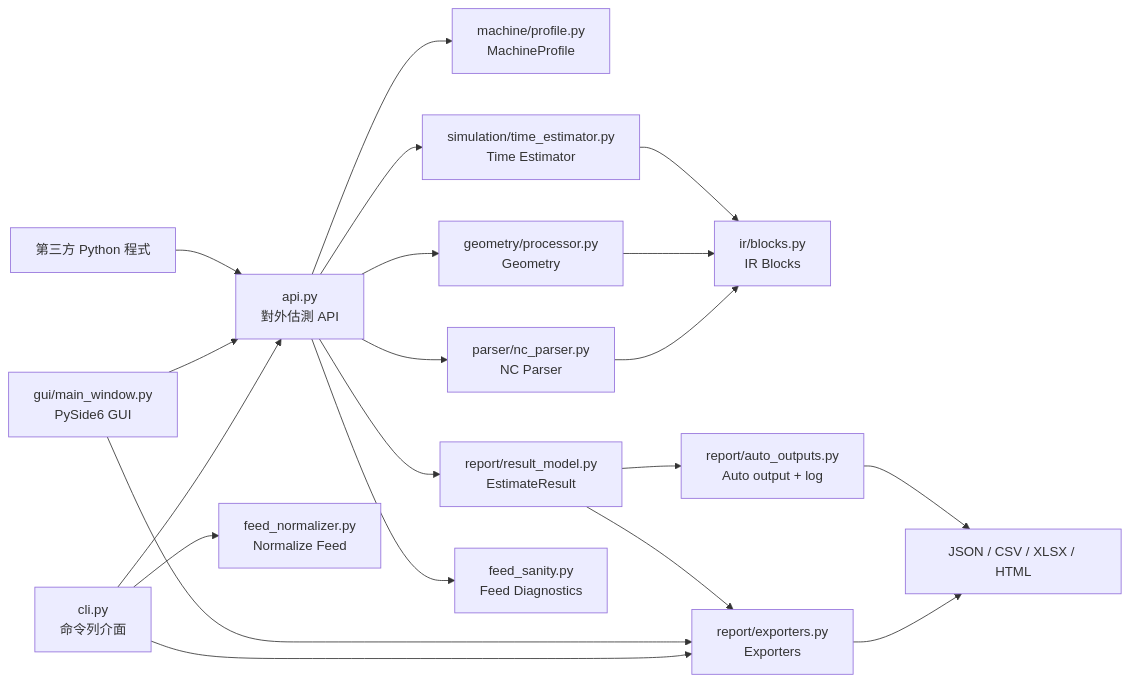
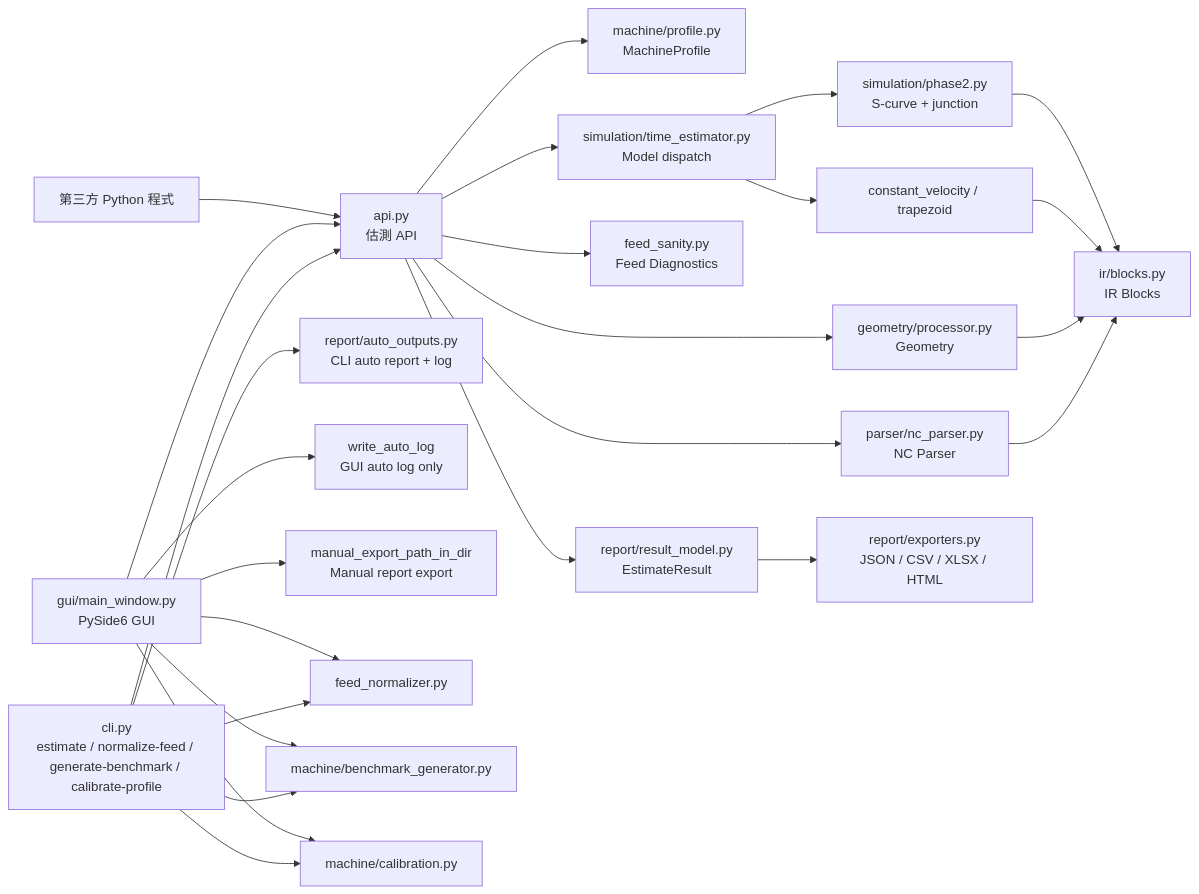
One commit to giraffe70/nc_time_estimate changed the first of 2 diagrams in docs/系統架構.md. Above: the diagram before and after it, drawn with Mermaid. The commit also changed other lines of this file and 19 other files, not shown here.

````diff
--- a/docs/系統架構.md
+++ b/docs/系統架構.md
@@ -14,24 +17,32 @@
 ```mermaid
 flowchart LR
-    CLI["cli.py<br/>命令列介面"] --> API["api.py<br/>對外估測 API"]
+    CLI["cli.py<br/>estimate / normalize-feed / generate-benchmark / calibrate-profile"] --> API["api.py<br/>估測 API"]
     GUI["gui/main_window.py<br/>PySide6 GUI"] --> API
     APP["第三方 Python 程式"] --> API
 
     API --> PROFILE["machine/profile.py<br/>MachineProfile"]
     API --> PARSER["parser/nc_parser.py<br/>NC Parser"]
     PARSER --> IR["ir/blocks.py<br/>IR Blocks"]
     API --> GEOM["geometry/processor.py<br/>Geometry"]
     GEOM --> IR
-    API --> SIM["simulation/time_estimator.py<br/>Time Estimator"]
-    SIM --> IR
+
+    API --> EST["simulation/time_estimator.py<br/>Model dispatch"]
+    EST --> P1["constant_velocity / trapezoid"]
+    EST --> P2["simulation/phase2.py<br/>S-curve + junction"]
+    P1 --> IR
+    P2 --> IR
+
+    API --> SANITY["feed_sanity.py<br/>Feed Diagnostics"]
     API --> RESULT["report/result_model.py<br/>EstimateResult"]
-    API --> SANITY["feed_sanity.py<br/>Feed Diagnostics"]
+    RESULT --> EXPORT["report/exporters.py<br/>JSON / CSV / XLSX / HTML"]
 
-    CLI --> NORMALIZER["feed_normalizer.py<br/>Normalize Feed"]
-    CLI --> EXPORT["report/exporters.py<br/>Exporters"]
-    GUI --> EXPORT
-    RESULT --> EXPORT
-    EXPORT --> FILES["JSON / CSV / XLSX / HTML"]
-    RESULT --> AUTO["report/auto_outputs.py<br/>Auto output + log"]
-    AUTO --> FILES
+    CLI --> AUTO["report/auto_outputs.py<br/>CLI auto report + log"]
+    GUI --> LOG["write_auto_log<br/>GUI auto log only"]
+    GUI --> MANUAL["manual_export_path_in_dir<br/>Manual report export"]
+    CLI --> NORMALIZER["feed_normalizer.py"]
+    CLI --> BENCH["machine/benchmark_generator.py"]
+    CLI --> CAL["machine/calibration.py"]
+    GUI --> NORMALIZER
+    GUI --> BENCH
+    GUI --> CAL
 ```
````
